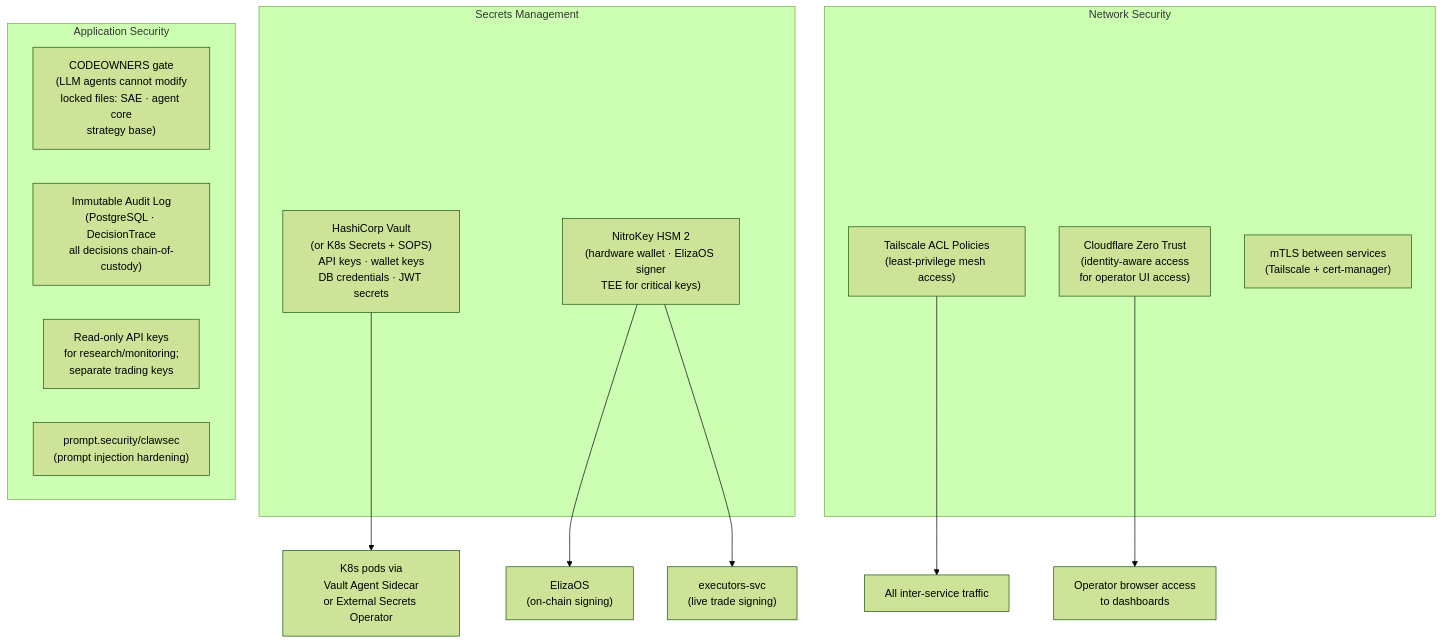
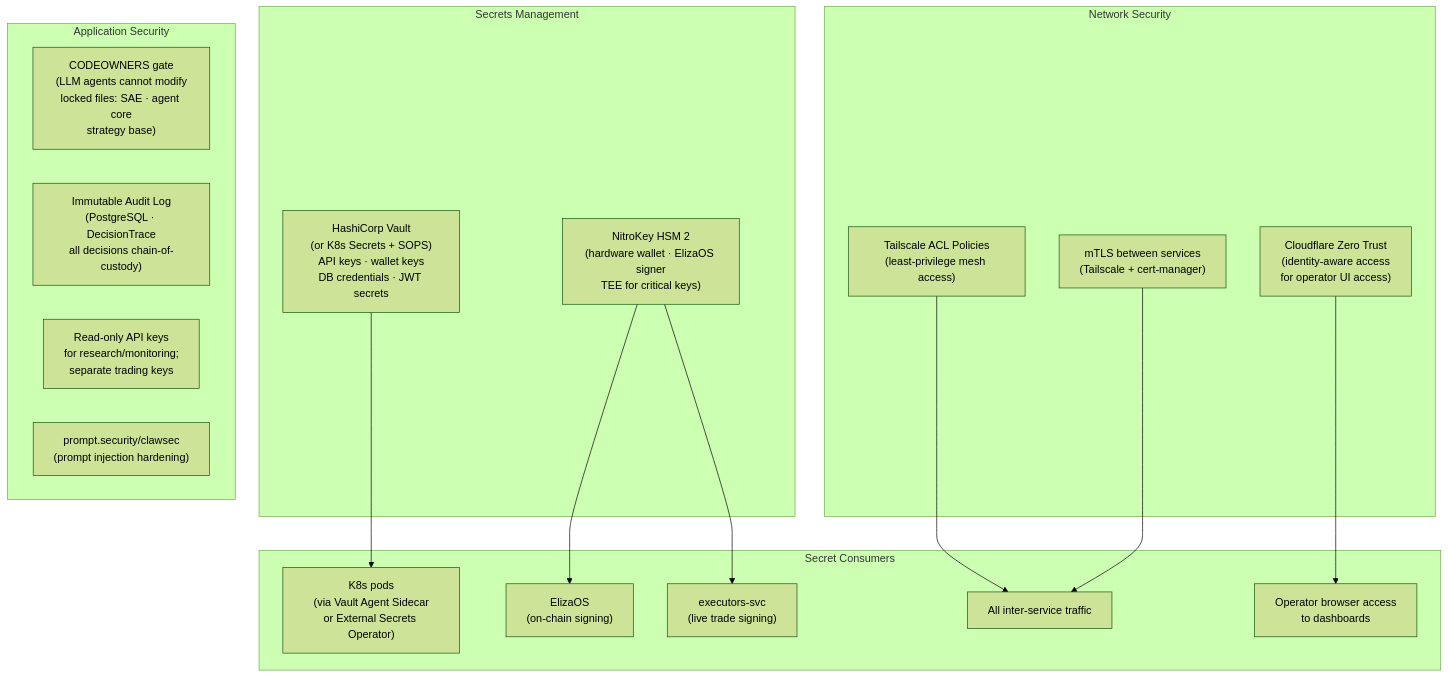
One commit to enuno/hyperliquid-trading-firm changed the tenth of 12 diagrams in docs/APP_INFRASTRUCTURE.md. Above: the diagram before and after it, drawn with Mermaid (forest theme). The commit also changed other lines of this file, not shown here.

First line of the commit message:
fix: resolve Mermaid rendering errors in 8 diagrams

````diff
--- a/docs/APP_INFRASTRUCTURE.md
+++ b/docs/APP_INFRASTRUCTURE.md
@@ -668,26 +712,35 @@
 ```mermaid
 graph TB
     subgraph SECRETS["Secrets Management"]
         VAULT["HashiCorp Vault\n(or K8s Secrets + SOPS)\nAPI keys · wallet keys\nDB credentials · JWT secrets"]
         NITRO["NitroKey HSM 2\n(hardware wallet · ElizaOS signer\nTEE for critical keys)"]
     end
 
     subgraph NETWORK_SEC["Network Security"]
         TAILSCALE_ACL["Tailscale ACL Policies\n(least-privilege mesh access)"]
         CF_ZERO["Cloudflare Zero Trust\n(identity-aware access\nfor operator UI access)"]
         MTLS["mTLS between services\n(Tailscale + cert-manager)"]
     end
 
     subgraph APP_SEC["Application Security"]
         CODEOWNERS["CODEOWNERS gate\n(LLM agents cannot modify\nlocked files: SAE · agent core\nstrategy base)"]
         AUDIT_LOG["Immutable Audit Log\n(PostgreSQL · DecisionTrace\nall decisions chain-of-custody)"]
         READONLY_KEYS["Read-only API keys\nfor research/monitoring;\nseparate trading keys"]
         CLAWSEC["prompt.security/clawsec\n(prompt injection hardening)"]
     end
 
-    VAULT --> K8S_PODS["K8s pods via\nVault Agent Sidecar\nor External Secrets Operator"]
-    NITRO --> ELIZA_SVC["ElizaOS\n(on-chain signing)"]
-    NITRO --> EXECUTORS_SVC["executors-svc\n(live trade signing)"]
-    TAILSCALE_ACL --> ALL_SERVICES["All inter-service traffic"]
-    CF_ZERO --> OPERATOR_ACCESS["Operator browser access\nto dashboards"]
+    subgraph CONSUMERS["Secret Consumers"]
+        K8S_PODS["K8s pods\n(via Vault Agent Sidecar\nor External Secrets Operator)"]
+        ELIZA_SVC["ElizaOS\n(on-chain signing)"]
+        EXECUTORS_SVC["executors-svc\n(live trade signing)"]
+        ALL_SERVICES["All inter-service traffic"]
+        OPERATOR_ACCESS["Operator browser access\nto dashboards"]
+    end
+
+    VAULT --> K8S_PODS
+    NITRO --> ELIZA_SVC
+    NITRO --> EXECUTORS_SVC
+    TAILSCALE_ACL --> ALL_SERVICES
+    CF_ZERO --> OPERATOR_ACCESS
+    MTLS --> ALL_SERVICES
 ```
````
